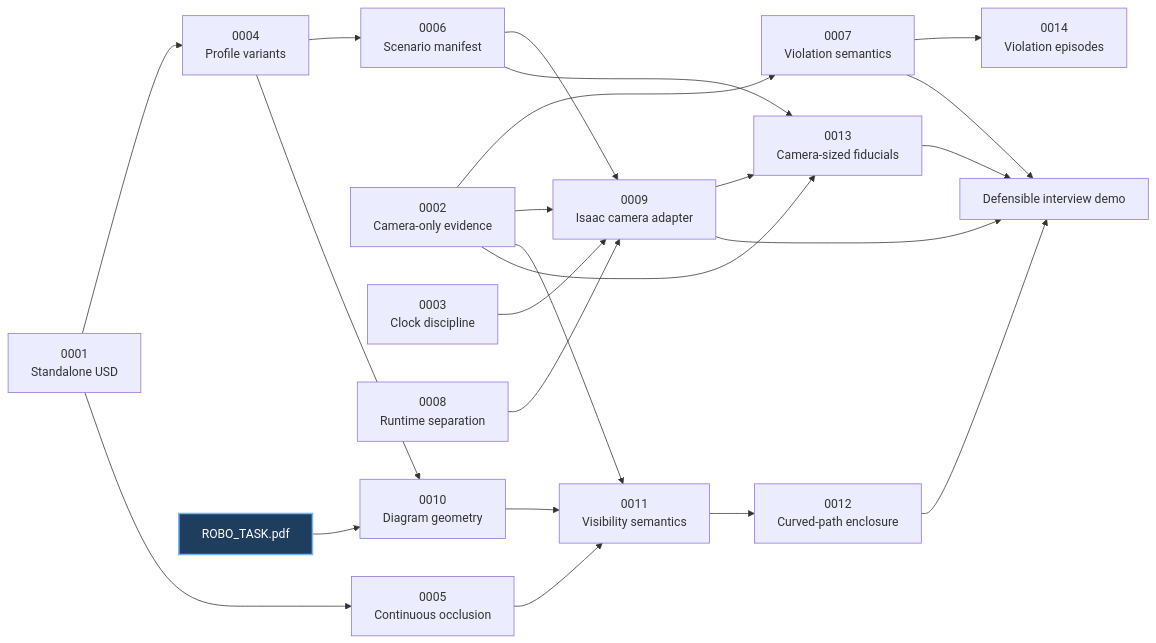
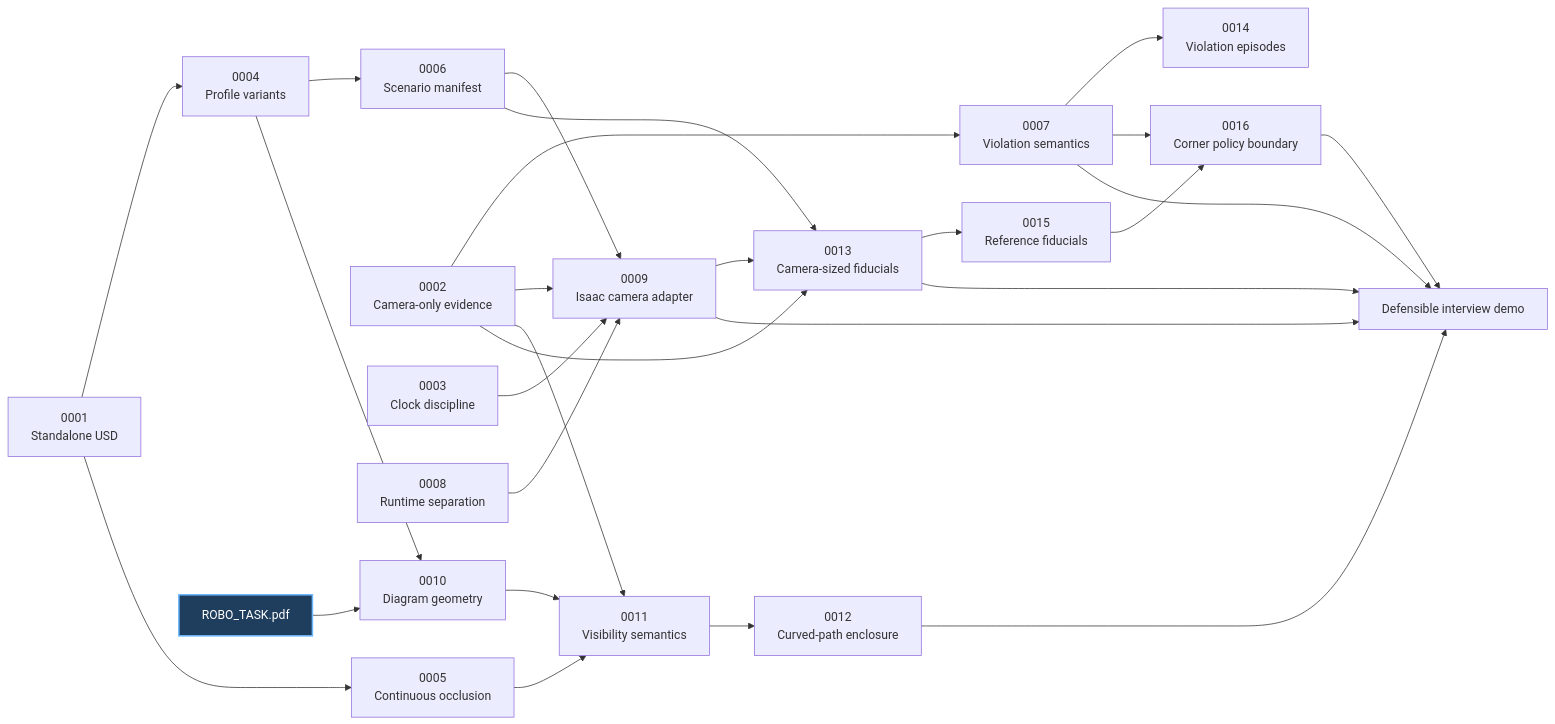
The diagram in docs/adr/README.md (alexandergmzx/corridor-twin), drawn with Mermaid before and after one commit. The commit also changed other lines of this file and 2 other files, not shown here.

First line of the commit message:
docs: record the corner-enforcement decisions as ADRs

````diff
--- a/docs/adr/README.md
+++ b/docs/adr/README.md
@@ -25,32 +27,36 @@
 ```mermaid
 flowchart LR
     A1["0001<br/>Standalone USD"] --> A4["0004<br/>Profile variants"]
     A4 --> A6["0006<br/>Scenario manifest"]
 
     A2["0002<br/>Camera-only evidence"] --> A7["0007<br/>Violation semantics"]
     A7 --> A14["0014<br/>Violation episodes"]
     A3["0003<br/>Clock discipline"] --> A9["0009<br/>Isaac camera adapter"]
     A8["0008<br/>Runtime separation"] --> A9
     A2 --> A9
     A6 --> A9
 
     A1 --> A5["0005<br/>Continuous occlusion"]
 
     Task["ROBO_TASK.pdf"] --> A10["0010<br/>Diagram geometry"]
     A4 --> A10
     A10 --> A11["0011<br/>Visibility semantics"]
     A5 --> A11
     A2 --> A11
 
     A11 --> A12["0012<br/>Curved-path enclosure"]
     A2 --> A13["0013<br/>Camera-sized fiducials"]
     A6 --> A13
     A9 --> A13
+    A13 --> A15["0015<br/>Reference fiducials"]
+    A7 --> A16["0016<br/>Corner policy boundary"]
+    A15 --> A16
     A12 --> Demo["Defensible interview demo"]
     A13 --> Demo
+    A16 --> Demo
     A7 --> Demo
     A9 --> Demo
 
     classDef source fill:#1f3d5c,color:#ffffff,stroke:#6bb6ff,stroke-width:2px;
     class Task source;
 ```
````
